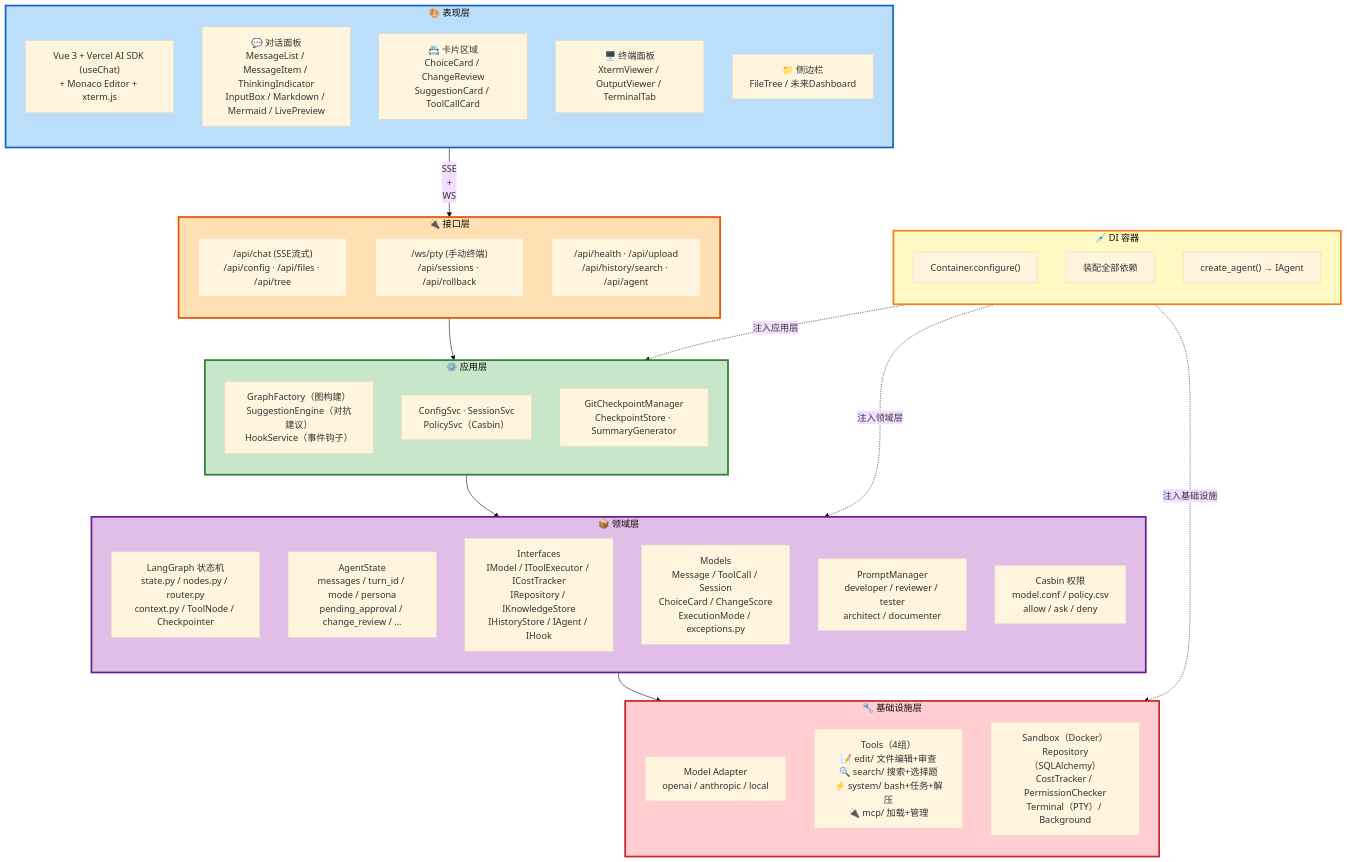
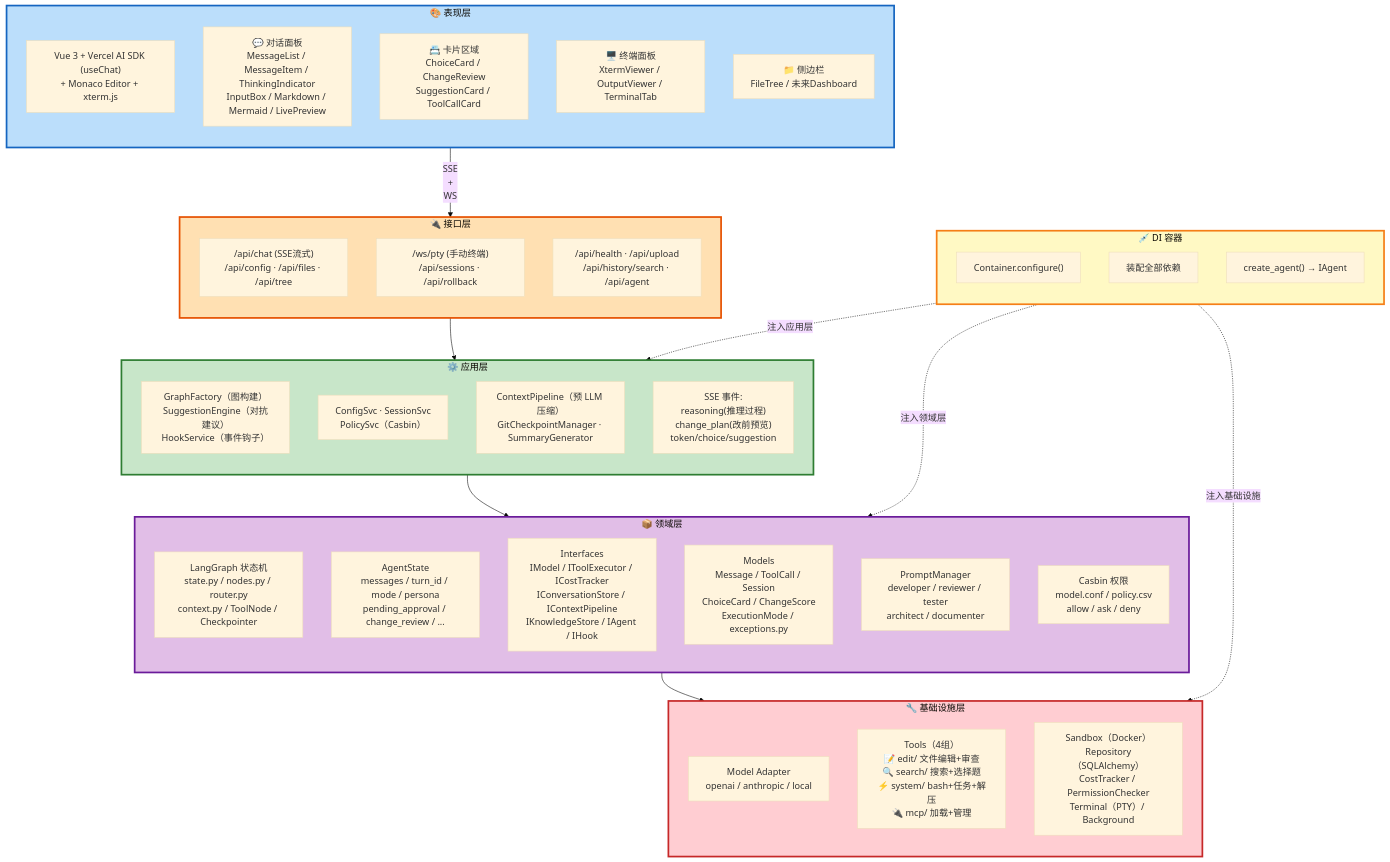
The diagram in docs/docs_refactor/architecture-diagram.md (sunq0001/flypig), drawn with Mermaid (base theme) before and after one commit. The commit also changed other lines of this file and 10 other files, not shown here.

Commit message:
docs: 对话存储IConversationStore/上下文压缩IContextPipeline/LangMem集成 + 安全健壮性补充 + change_plan改前预览 + reasoning/思考推流 + 断点恢复 + 文件夹树/图表/导航全量同步

````diff
--- a/docs/docs_refactor/architecture-diagram.md
+++ b/docs/docs_refactor/architecture-diagram.md
@@ -117,64 +123,65 @@
 ```mermaid
 flowchart TD
     subgraph PRESENTATION["🎨 表现层"]
         direction TB
         P0["Vue 3 + Vercel AI SDK (useChat)<br/>+ Monaco Editor + xterm.js"]
         P1["💬 对话面板<br/>MessageList / MessageItem / ThinkingIndicator<br/>InputBox / Markdown / Mermaid / LivePreview"]
         P2["📇 卡片区域<br/>ChoiceCard / ChangeReview<br/>SuggestionCard / ToolCallCard"]
         P3["🖥️ 终端面板<br/>XtermViewer / OutputViewer / TerminalTab"]
         P4["📁 侧边栏<br/>FileTree / 未来Dashboard"]
     end
     PRESENTATION -->|"SSE<br/>+<br/>WS"| INTERFACE
 
     subgraph INTERFACE["🔌 接口层"]
         direction TB
         I1["/api/chat (SSE流式)<br/>/api/config · /api/files · /api/tree"]
         I2["/ws/pty (手动终端)<br/>/api/sessions · /api/rollback"]
         I3["/api/health · /api/upload<br/>/api/history/search · /api/agent"]
     end
     INTERFACE --> APPLICATION
 
     subgraph APPLICATION["⚙️ 应用层"]
         direction TB
         A1["GraphFactory（图构建）<br/>SuggestionEngine（对抗建议）<br/>HookService（事件钩子）"]
         A2["ConfigSvc · SessionSvc<br/>PolicySvc（Casbin）"]
-        A3["GitCheckpointManager<br/>CheckpointStore · SummaryGenerator"]
+        A3["ContextPipeline（预 LLM 压缩）<br/>GitCheckpointManager · SummaryGenerator"]
+        A4["SSE 事件:<br/>reasoning(推理过程)<br/>change_plan(改前预览)<br/>token/choice/suggestion"]
     end
     APPLICATION --> DOMAIN
 
     subgraph DOMAIN["📦 领域层"]
         direction TB
         D1["LangGraph 状态机<br/>state.py / nodes.py / router.py<br/>context.py / ToolNode / Checkpointer"]
         D2["AgentState<br/>messages / turn_id / mode / persona<br/>pending_approval / change_review / ..."]
-        D3["Interfaces<br/>IModel / IToolExecutor / ICostTracker<br/>IRepository / IKnowledgeStore<br/>IHistoryStore / IAgent / IHook"]
+        D3["Interfaces<br/>IModel / IToolExecutor / ICostTracker<br/>IConversationStore / IContextPipeline<br/>IKnowledgeStore / IAgent / IHook"]
         D4["Models<br/>Message / ToolCall / Session<br/>ChoiceCard / ChangeScore<br/>ExecutionMode / exceptions.py"]
         D5["PromptManager<br/>developer / reviewer / tester<br/>architect / documenter"]
         D6["Casbin 权限<br/>model.conf / policy.csv<br/>allow / ask / deny"]
     end
     DOMAIN --> INFRASTRUCTURE
 
     subgraph INFRASTRUCTURE["🔧 基础设施层"]
         direction TB
         F1["Model Adapter<br/>openai / anthropic / local"]
         F2["Tools（4组）<br/>📝 edit/ 文件编辑+审查<br/>🔍 search/ 搜索+选择题<br/>⚡ system/ bash+任务+解压<br/>🔌 mcp/ 加载+管理"]
         F3["Sandbox（Docker）<br/>Repository（SQLAlchemy）<br/>CostTracker / PermissionChecker<br/>Terminal（PTY）/ Background"]
     end
 
     subgraph DI["💉 DI 容器"]
         direction TB
         DX1["Container.configure()"]
         DX2["装配全部依赖"]
         DX3["create_agent() → IAgent"]
     end
 
     DI -.->|注入应用层| APPLICATION
     DI -.->|注入领域层| DOMAIN
     DI -.->|注入基础设施| INFRASTRUCTURE
 
     style PRESENTATION fill:#BBDEFB,stroke:#1565C0,stroke-width:3px,fontSize:16px
     style INTERFACE fill:#FFE0B2,stroke:#E65100,stroke-width:3px,fontSize:16px
     style APPLICATION fill:#C8E6C9,stroke:#2E7D32,stroke-width:3px,fontSize:16px
     style DOMAIN fill:#E1BEE7,stroke:#6A1B9A,stroke-width:3px,fontSize:16px
     style INFRASTRUCTURE fill:#FFCDD2,stroke:#C62828,stroke-width:3px,fontSize:16px
     style DI fill:#FFF9C4,stroke:#F57F17,stroke-width:3px,fontSize:16px
 ```
````
